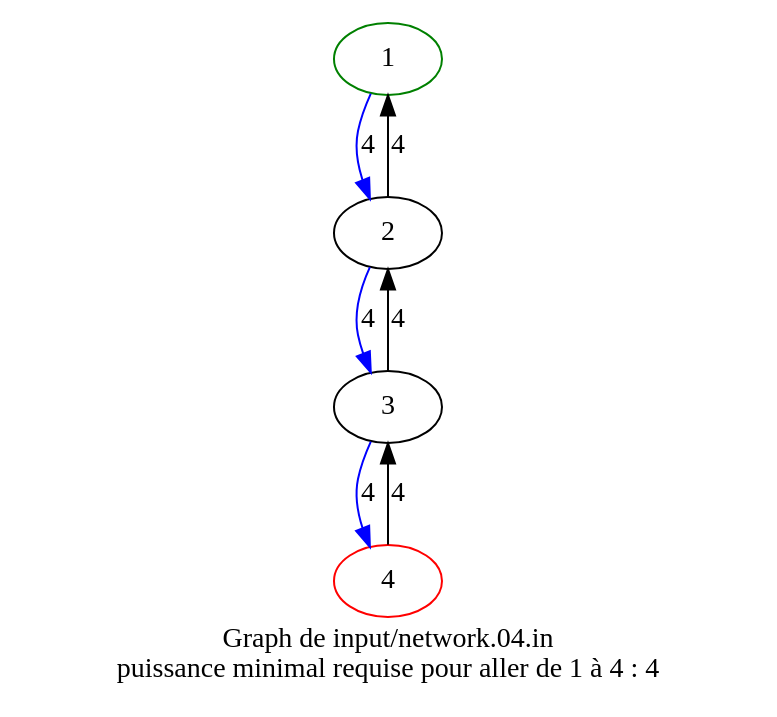
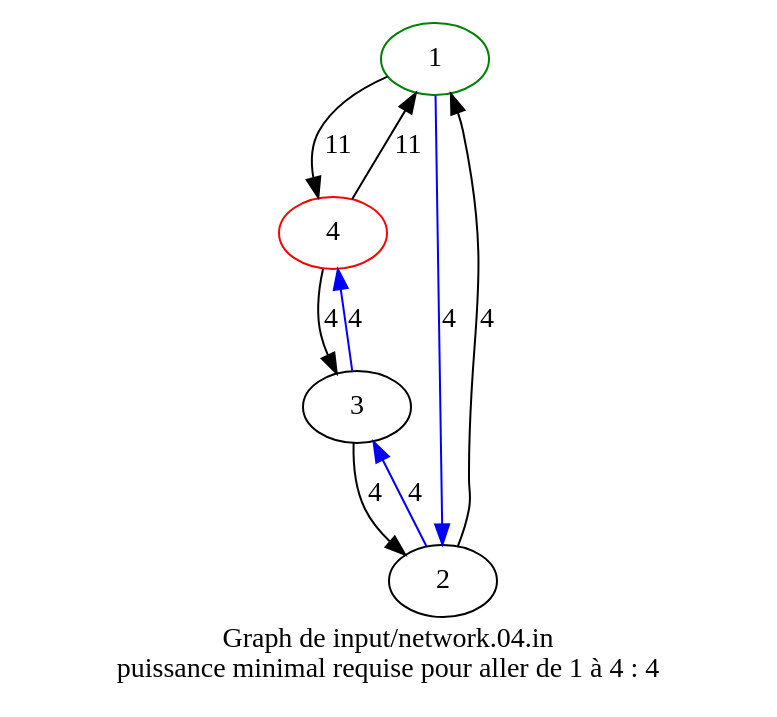
Before and after one commit to gabrieldeboerdere/ensae-prog23-1: the diagram in representation_graph.gv, drawn with Graphviz. The commit also changed 2 other files, not shown here.

```diff
--- a/representation_graph.gv
+++ b/representation_graph.gv
@@ -1,15 +1,17 @@
 strict digraph G {
 	1 [color=green]
 	4 [color=red]
+	1 -> 4 [label=11]
 	1 -> 2 [label=4]
+	2 -> 3 [label=4]
 	2 -> 1 [label=4]
-	2 -> 3 [label=4]
 	3 -> 2 [label=4]
 	3 -> 4 [label=4]
 	4 -> 3 [label=4]
+	4 -> 1 [label=11]
 	1 -> 2 [color=blue]
 	2 -> 3 [color=blue]
 	3 -> 4 [color=blue]
 	label="Graph de input/network.04.in
 puissance minimal requise pour aller de 1 à 4 : 4"
 }
```
